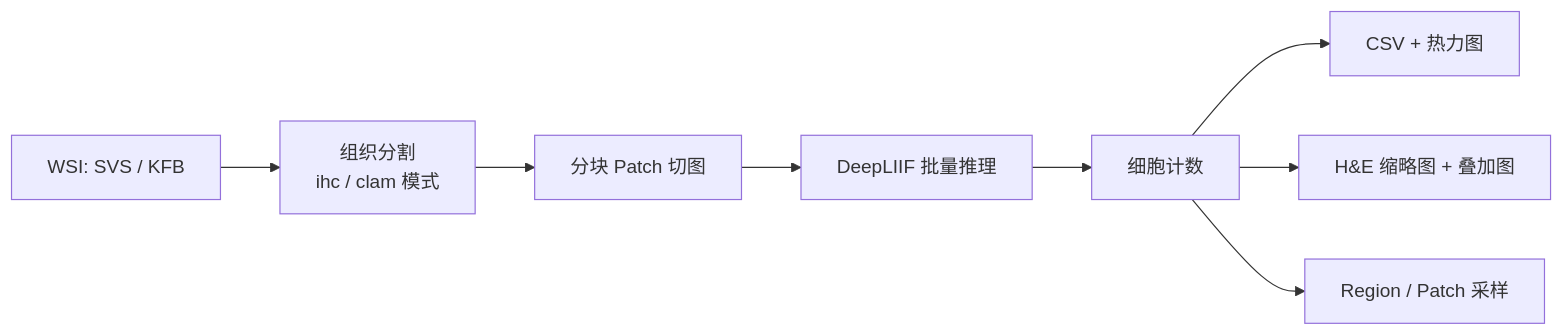
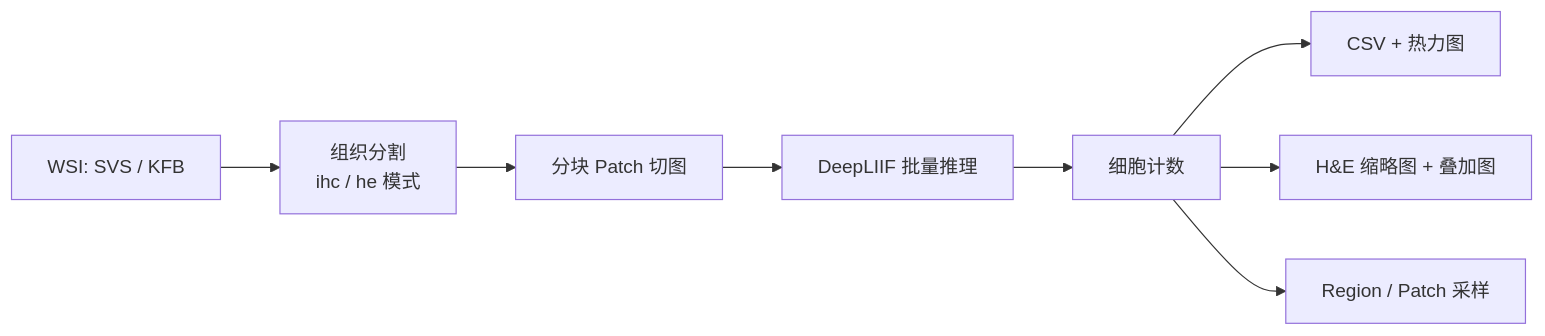
The diagram in README_ZH.md (yifanfeng97/ihcinfer), drawn with Mermaid before and after one commit. The commit also changed other lines of this file and 12 other files, not shown here.

````diff
--- a/README_ZH.md
+++ b/README_ZH.md
@@ -242,10 +242,10 @@
 ```mermaid
 graph LR
-    A[WSI: SVS / KFB] --> B[组织分割<br/>ihc / clam 模式]
+    A[WSI: SVS / KFB] --> B[组织分割<br/>ihc / he 模式]
     B --> C[分块 Patch 切图]
     C --> D[DeepLIIF 批量推理]
     D --> E[细胞计数]
     E --> F[CSV + 热力图]
     E --> G[H&E 缩略图 + 叠加图]
     E --> H[Region / Patch 采样]
 ```
````
